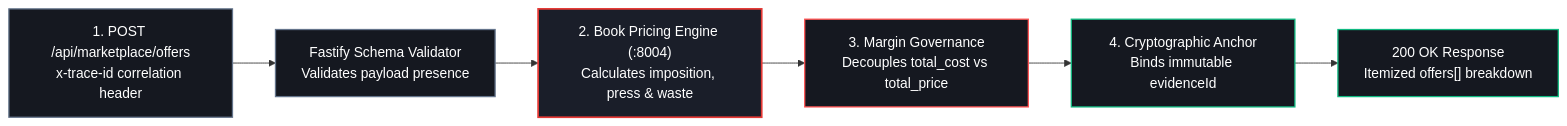
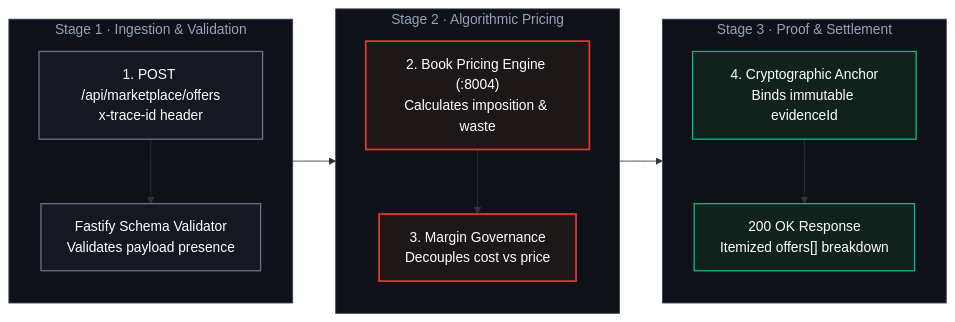
Before and after one commit to drleuman/printprice-docs: the first of 3 diagrams in docs/api/pricing-api.md, drawn with Mermaid. The commit also changed 39 other files, not shown here.

Commit message:
fix(ui): reorganize pricing diagram in 3 stages, implement real drag-to-pan, and add targeted mobile captures

````diff
--- a/docs/api/pricing-api.md
+++ b/docs/api/pricing-api.md
@@ -13,18 +13,29 @@
 ```mermaid
 flowchart LR
-    Req["1. POST /api/marketplace/offers<br/>x-trace-id correlation header"] --> Val["Fastify Schema Validator<br/>Validates payload presence"]
-    Val --> BPE["2. Book Pricing Engine (:8004)<br/>Calculates imposition, press & waste"]
-    BPE --> Decouple["3. Margin Governance<br/>Decouples total_cost vs total_price"]
-    Decouple --> Evidence["4. Cryptographic Anchor<br/>Binds immutable evidenceId"]
-    Evidence --> Resp["200 OK Response<br/>Itemized offers[] breakdown"]
+    subgraph S1 ["Stage 1 · Ingestion & Validation"]
+        direction TB
+        Req["1. POST /api/marketplace/offers<br/>x-trace-id header"] --> Val["Fastify Schema Validator<br/>Validates payload presence"]
+    end
 
-    classDef stageNode fill:#151820,stroke:#64748B,stroke-width:1.5px,color:#FFFFFF;
-    classDef bpeNode fill:#1A1E29,stroke:#E53935,stroke-width:2px,color:#FFFFFF;
-    classDef econNode fill:#151820,stroke:#FF5252,stroke-width:1.5px,color:#FFFFFF;
-    classDef outNode fill:#151820,stroke:#10B981,stroke-width:1.5px,color:#FFFFFF;
+    subgraph S2 ["Stage 2 · Algorithmic Pricing"]
+        direction TB
+        BPE["2. Book Pricing Engine (:8004)<br/>Calculates imposition & waste"] --> Decouple["3. Margin Governance<br/>Decouples cost vs price"]
+    end
 
-    class Req,Val stageNode;
-    class BPE bpeNode;
-    class Decouple econNode;
-    class Evidence,Resp outNode;
+    subgraph S3 ["Stage 3 · Proof & Settlement"]
+        direction TB
+        Evidence["4. Cryptographic Anchor<br/>Binds immutable evidenceId"] --> Resp["200 OK Response<br/>Itemized offers[] breakdown"]
+    end
+
+    S1 --> S2 --> S3
+
+    classDef stageBox fill:#0E1118,stroke:#334155,stroke-width:1px,color:#94A3B8;
+    classDef defaultNode fill:#151820,stroke:#64748B,stroke-width:1.5px,color:#FFFFFF;
+    classDef bpeNode fill:#1E1717,stroke:#E53935,stroke-width:2px,color:#FFFFFF;
+    classDef successNode fill:#10221B,stroke:#10B981,stroke-width:1.5px,color:#FFFFFF;
+
+    class S1,S2,S3 stageBox;
+    class Req,Val defaultNode;
+    class BPE,Decouple bpeNode;
+    class Evidence,Resp successNode;
 ```
````
